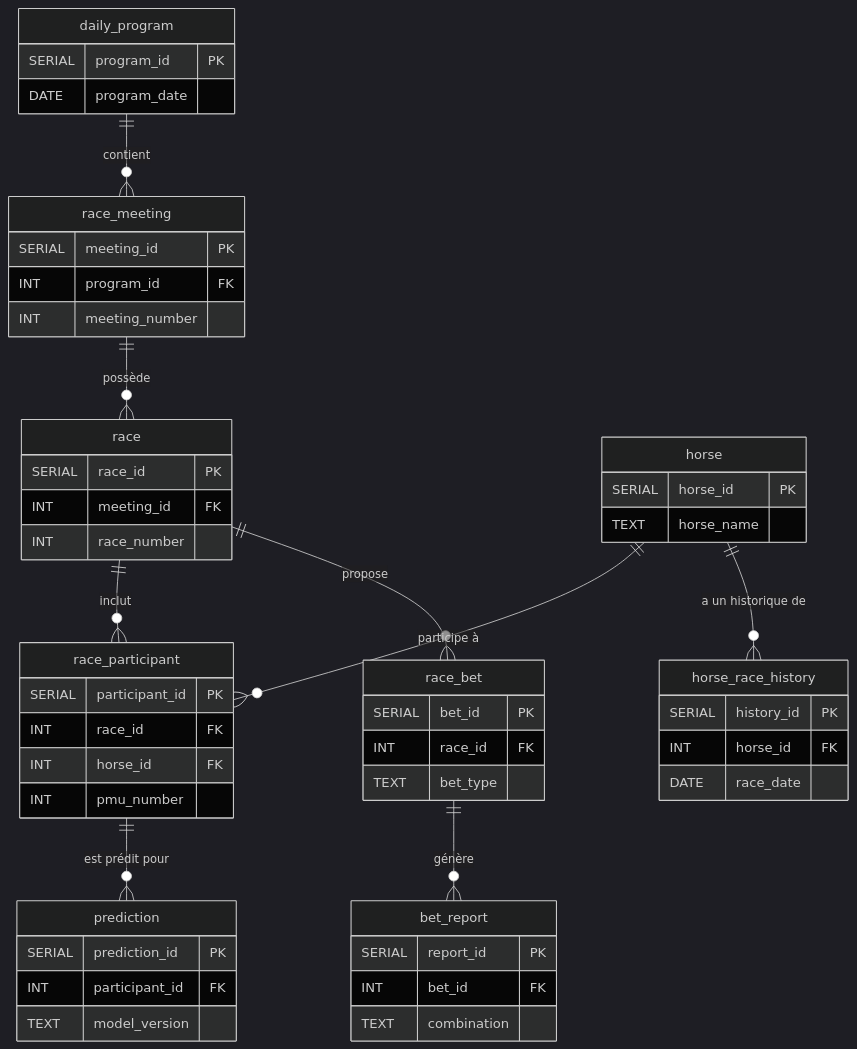
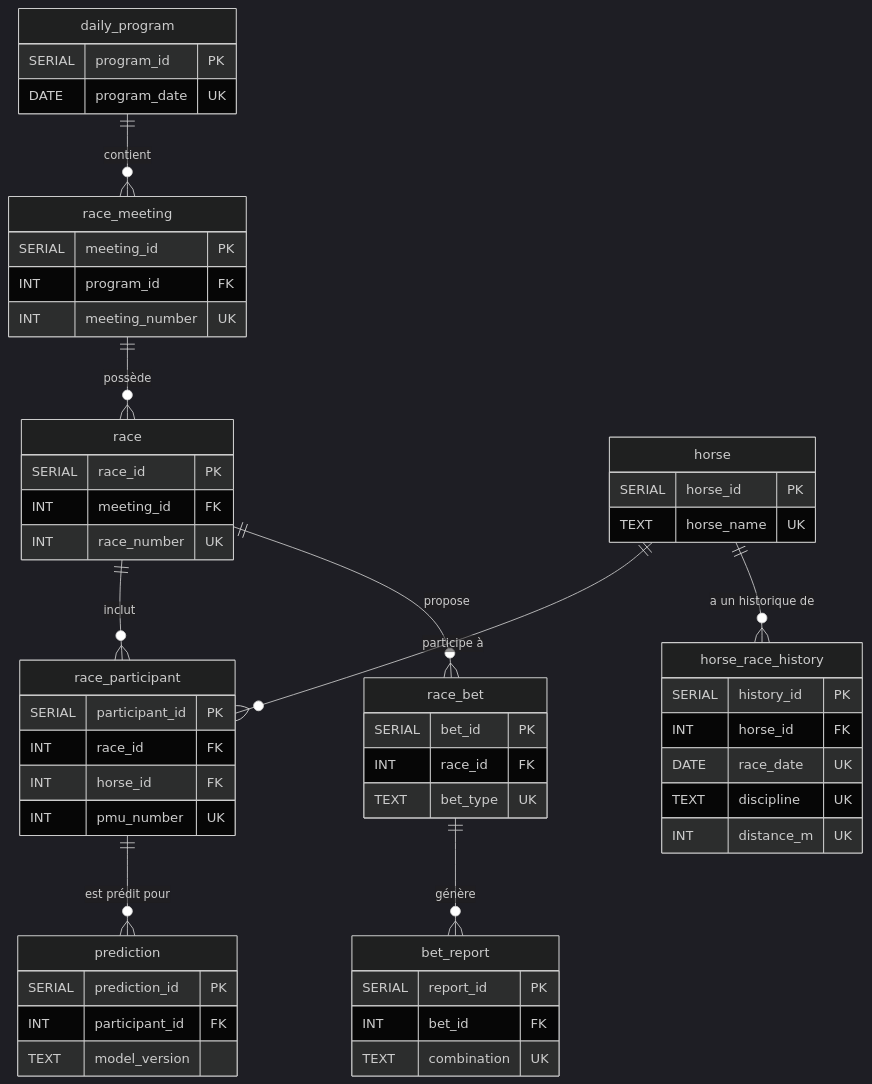
Before and after one commit to mathis-dumont/horse-racing-prediction: the diagram in doc/02_architecture_bdd.md, drawn with Mermaid (dark theme). The commit also changed other lines of this file and 6 other files, not shown here.

````diff
--- a/doc/02_architecture_bdd.md
+++ b/doc/02_architecture_bdd.md
@@ -39,57 +38,58 @@
 ```mermaid
 erDiagram
     daily_program {
         SERIAL program_id PK
-        DATE program_date
+        DATE program_date UK
     }
     race_meeting {
         SERIAL meeting_id PK
         INT program_id FK
-        INT meeting_number
+        INT meeting_number UK
     }
     race {
         SERIAL race_id PK
         INT meeting_id FK
-        INT race_number
+        INT race_number UK
     }
     horse {
         SERIAL horse_id PK
-        TEXT horse_name
+        TEXT horse_name UK
     }
     race_participant {
         SERIAL participant_id PK
         INT race_id FK
         INT horse_id FK
-        INT pmu_number
+        INT pmu_number UK
     }
     horse_race_history {
         SERIAL history_id PK
         INT horse_id FK
-        DATE race_date
+        DATE race_date UK
+        TEXT discipline UK
+        INT distance_m UK
     }
     race_bet {
         SERIAL bet_id PK
         INT race_id FK
-        TEXT bet_type
+        TEXT bet_type UK
     }
     bet_report {
         SERIAL report_id PK
         INT bet_id FK
-        TEXT combination
+        TEXT combination UK
     }
     prediction {
         SERIAL prediction_id PK
         INT participant_id FK
         TEXT model_version
     }
 
     daily_program ||--o{ race_meeting : "contient"
     race_meeting ||--o{ race : "possède"
     race ||--o{ race_participant : "inclut"
     horse ||--o{ race_participant : "participe à"
     horse ||--o{ horse_race_history : "a un historique de"
     race ||--o{ race_bet : "propose"
     race_bet ||--o{ bet_report : "génère"
     race_participant ||--o{ prediction : "est prédit pour"
-
 ```
````
